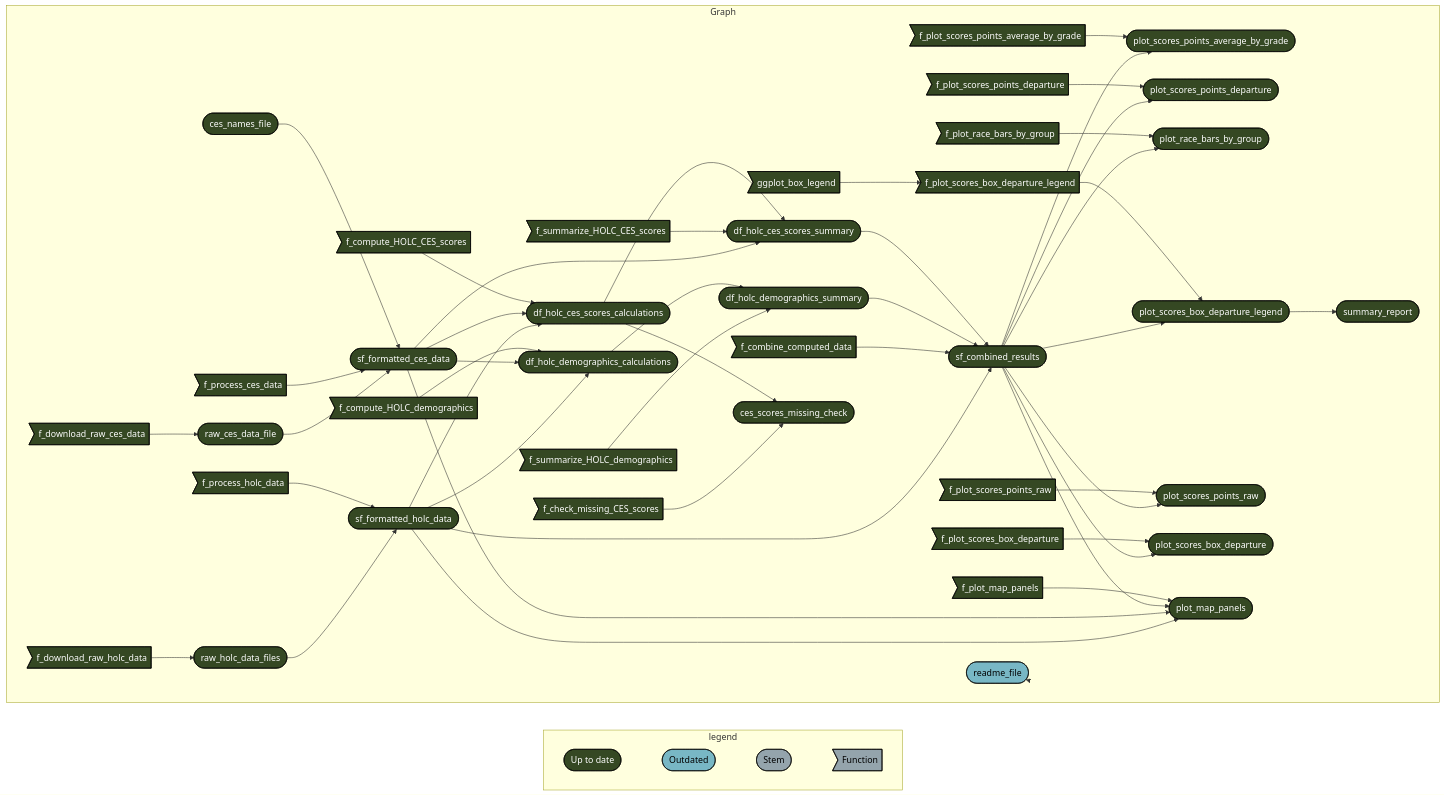
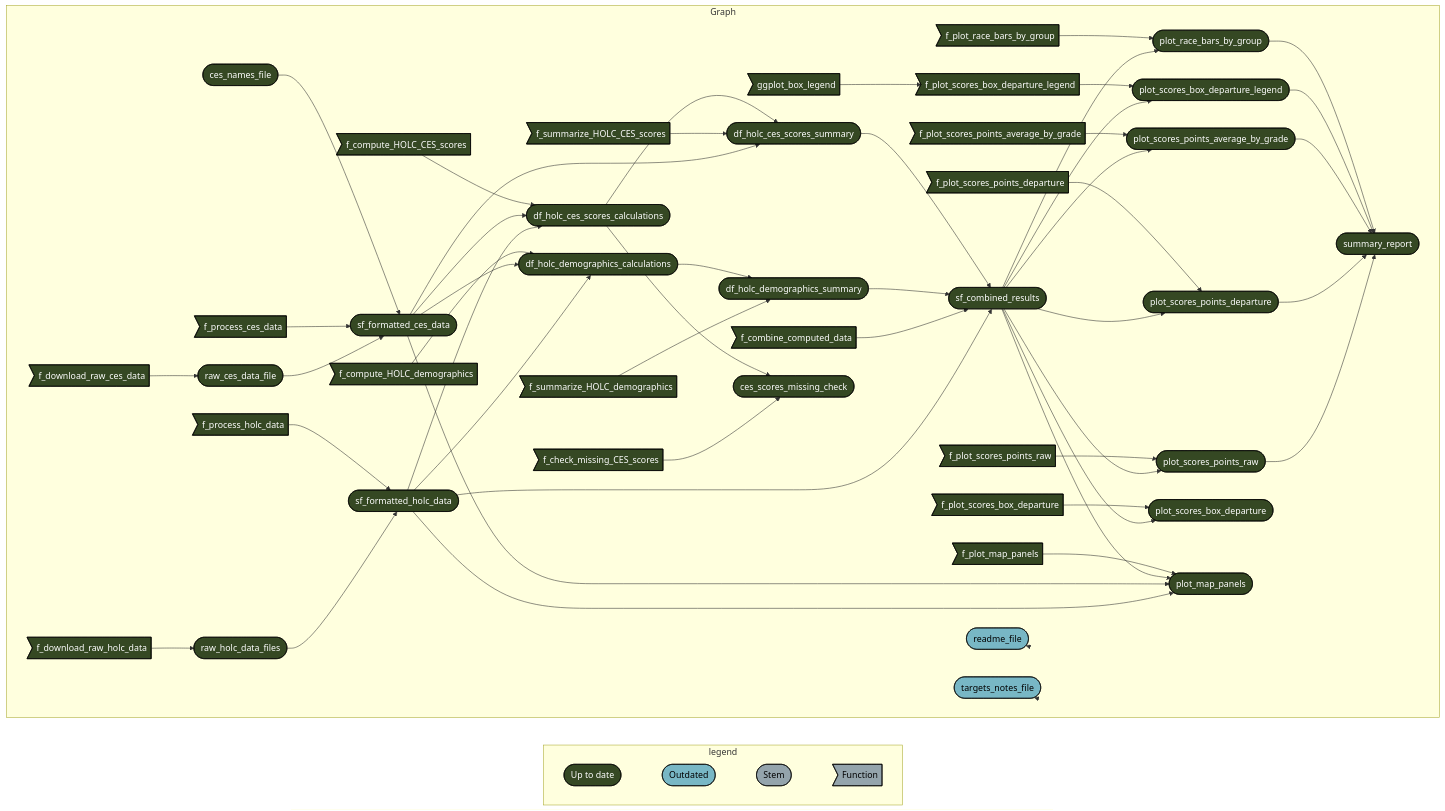
The diagram in README.md (daltare/pollution-and-prejudice), drawn with Mermaid before and after one commit. The commit also changed other lines of this file and 76 other files, not shown here.

````diff
--- a/README.md
+++ b/README.md
@@ -17,62 +28,68 @@
 ``` mermaid
 graph LR
   subgraph legend
     direction LR
     x7420bd9270f8d27d([""Up to date""]):::uptodate --- x0a52b03877696646([""Outdated""]):::outdated
     x0a52b03877696646([""Outdated""]):::outdated --- xbf4603d6c2c2ad6b([""Stem""]):::none
     xbf4603d6c2c2ad6b([""Stem""]):::none --- xf0bce276fe2b9d3e>""Function""]:::none
   end
   subgraph Graph
     direction LR
     x723651d51c4d9039>"ggplot_box_legend"]:::uptodate --> x9fc5d9228e2f8c78>"f_plot_scores_box_departure_legend"]:::uptodate
     xbc38fdbb09f54cdc(["df_holc_ces_scores_summary"]):::uptodate --> x7774e14ad1201765(["sf_combined_results"]):::uptodate
     x722c080414fdf571(["df_holc_demographics_summary"]):::uptodate --> x7774e14ad1201765(["sf_combined_results"]):::uptodate
     xf90b49dd379c5312>"f_combine_computed_data"]:::uptodate --> x7774e14ad1201765(["sf_combined_results"]):::uptodate
     xd358c84560a350ea(["sf_formatted_holc_data"]):::uptodate --> x7774e14ad1201765(["sf_combined_results"]):::uptodate
     x661c36f456260220>"f_plot_scores_points_average_by_grade"]:::uptodate --> x26888c3adf53b8ba(["plot_scores_points_average_by_grade"]):::uptodate
     x7774e14ad1201765(["sf_combined_results"]):::uptodate --> x26888c3adf53b8ba(["plot_scores_points_average_by_grade"]):::uptodate
     xb84eb9d541120890>"f_compute_HOLC_CES_scores"]:::uptodate --> xf2cacda6c5be1d56(["df_holc_ces_scores_calculations"]):::uptodate
     x66ea1e7e4088616e(["sf_formatted_ces_data"]):::uptodate --> xf2cacda6c5be1d56(["df_holc_ces_scores_calculations"]):::uptodate
     xd358c84560a350ea(["sf_formatted_holc_data"]):::uptodate --> xf2cacda6c5be1d56(["df_holc_ces_scores_calculations"]):::uptodate
     x05780902aff2e52e>"f_plot_scores_points_departure"]:::uptodate --> x85db2b90c235dab6(["plot_scores_points_departure"]):::uptodate
     x7774e14ad1201765(["sf_combined_results"]):::uptodate --> x85db2b90c235dab6(["plot_scores_points_departure"]):::uptodate
     xd22b3ef3698af9c3>"f_plot_race_bars_by_group"]:::uptodate --> xe2341aac6be6d5c3(["plot_race_bars_by_group"]):::uptodate
     x7774e14ad1201765(["sf_combined_results"]):::uptodate --> xe2341aac6be6d5c3(["plot_race_bars_by_group"]):::uptodate
+    xe2341aac6be6d5c3(["plot_race_bars_by_group"]):::uptodate --> xe24c603975ef95ce(["summary_report"]):::uptodate
     xd261dc6bb4fd422e(["plot_scores_box_departure_legend"]):::uptodate --> xe24c603975ef95ce(["summary_report"]):::uptodate
+    x26888c3adf53b8ba(["plot_scores_points_average_by_grade"]):::uptodate --> xe24c603975ef95ce(["summary_report"]):::uptodate
+    x85db2b90c235dab6(["plot_scores_points_departure"]):::uptodate --> xe24c603975ef95ce(["summary_report"]):::uptodate
+    xd06bbe78c7eb9f6c(["plot_scores_points_raw"]):::uptodate --> xe24c603975ef95ce(["summary_report"]):::uptodate
     xf2cacda6c5be1d56(["df_holc_ces_scores_calculations"]):::uptodate --> xcdcbc8327c73002a(["ces_scores_missing_check"]):::uptodate
     x1909355c81c03a12>"f_check_missing_CES_scores"]:::uptodate --> xcdcbc8327c73002a(["ces_scores_missing_check"]):::uptodate
     x6a4e5ab768f76050>"f_plot_scores_points_raw"]:::uptodate --> xd06bbe78c7eb9f6c(["plot_scores_points_raw"]):::uptodate
     x7774e14ad1201765(["sf_combined_results"]):::uptodate --> xd06bbe78c7eb9f6c(["plot_scores_points_raw"]):::uptodate
     x4baab69ddc05606c>"f_compute_HOLC_demographics"]:::uptodate --> x0933fedf1eaed55e(["df_holc_demographics_calculations"]):::uptodate
     x66ea1e7e4088616e(["sf_formatted_ces_data"]):::uptodate --> x0933fedf1eaed55e(["df_holc_demographics_calculations"]):::uptodate
     xd358c84560a350ea(["sf_formatted_holc_data"]):::uptodate --> x0933fedf1eaed55e(["df_holc_demographics_calculations"]):::uptodate
     x3566400abf0582d0>"f_process_holc_data"]:::uptodate --> xd358c84560a350ea(["sf_formatted_holc_data"]):::uptodate
     x7deb259c829fdb2e(["raw_holc_data_files"]):::uptodate --> xd358c84560a350ea(["sf_formatted_holc_data"]):::uptodate
     x13ecd6c730196e92>"f_plot_scores_box_departure"]:::uptodate --> xc0917568d2ce3bee(["plot_scores_box_departure"]):::uptodate
     x7774e14ad1201765(["sf_combined_results"]):::uptodate --> xc0917568d2ce3bee(["plot_scores_box_departure"]):::uptodate
     xf2cacda6c5be1d56(["df_holc_ces_scores_calculations"]):::uptodate --> xbc38fdbb09f54cdc(["df_holc_ces_scores_summary"]):::uptodate
     x24483bb6f5885403>"f_summarize_HOLC_CES_scores"]:::uptodate --> xbc38fdbb09f54cdc(["df_holc_ces_scores_summary"]):::uptodate
     x66ea1e7e4088616e(["sf_formatted_ces_data"]):::uptodate --> xbc38fdbb09f54cdc(["df_holc_ces_scores_summary"]):::uptodate
     x7ad41e3fd12f2676(["ces_names_file"]):::uptodate --> x66ea1e7e4088616e(["sf_formatted_ces_data"]):::uptodate
     xdca65f7684d779f0>"f_process_ces_data"]:::uptodate --> x66ea1e7e4088616e(["sf_formatted_ces_data"]):::uptodate
     x6538bfb2bd8fa5af(["raw_ces_data_file"]):::uptodate --> x66ea1e7e4088616e(["sf_formatted_ces_data"]):::uptodate
     x9fc5d9228e2f8c78>"f_plot_scores_box_departure_legend"]:::uptodate --> xd261dc6bb4fd422e(["plot_scores_box_departure_legend"]):::uptodate
     x7774e14ad1201765(["sf_combined_results"]):::uptodate --> xd261dc6bb4fd422e(["plot_scores_box_departure_legend"]):::uptodate
     xc11e093e8a0331b6>"f_plot_map_panels"]:::uptodate --> x52b2d35838d1c908(["plot_map_panels"]):::uptodate
     x7774e14ad1201765(["sf_combined_results"]):::uptodate --> x52b2d35838d1c908(["plot_map_panels"]):::uptodate
     x66ea1e7e4088616e(["sf_formatted_ces_data"]):::uptodate --> x52b2d35838d1c908(["plot_map_panels"]):::uptodate
     xd358c84560a350ea(["sf_formatted_holc_data"]):::uptodate --> x52b2d35838d1c908(["plot_map_panels"]):::uptodate
     xc504145cdabdd854>"f_download_raw_ces_data"]:::uptodate --> x6538bfb2bd8fa5af(["raw_ces_data_file"]):::uptodate
     x0933fedf1eaed55e(["df_holc_demographics_calculations"]):::uptodate --> x722c080414fdf571(["df_holc_demographics_summary"]):::uptodate
     x2dfdf1b5ee4ba094>"f_summarize_HOLC_demographics"]:::uptodate --> x722c080414fdf571(["df_holc_demographics_summary"]):::uptodate
     x28598aa74e36431d>"f_download_raw_holc_data"]:::uptodate --> x7deb259c829fdb2e(["raw_holc_data_files"]):::uptodate
     x118ccf0169559b01(["readme_file"]):::outdated --> x118ccf0169559b01(["readme_file"]):::outdated
+    xd244e8c357cc9580(["targets_notes_file"]):::outdated --> xd244e8c357cc9580(["targets_notes_file"]):::outdated
   end
   classDef uptodate stroke:#000000,color:#ffffff,fill:#354823;
   classDef outdated stroke:#000000,color:#000000,fill:#78B7C5;
   classDef none stroke:#000000,color:#000000,fill:#94a4ac;
   linkStyle 0 stroke-width:0px;
   linkStyle 1 stroke-width:0px;
   linkStyle 2 stroke-width:0px;
-  linkStyle 45 stroke-width:0px;
+  linkStyle 49 stroke-width:0px;
+  linkStyle 50 stroke-width:0px;
 ```
````
